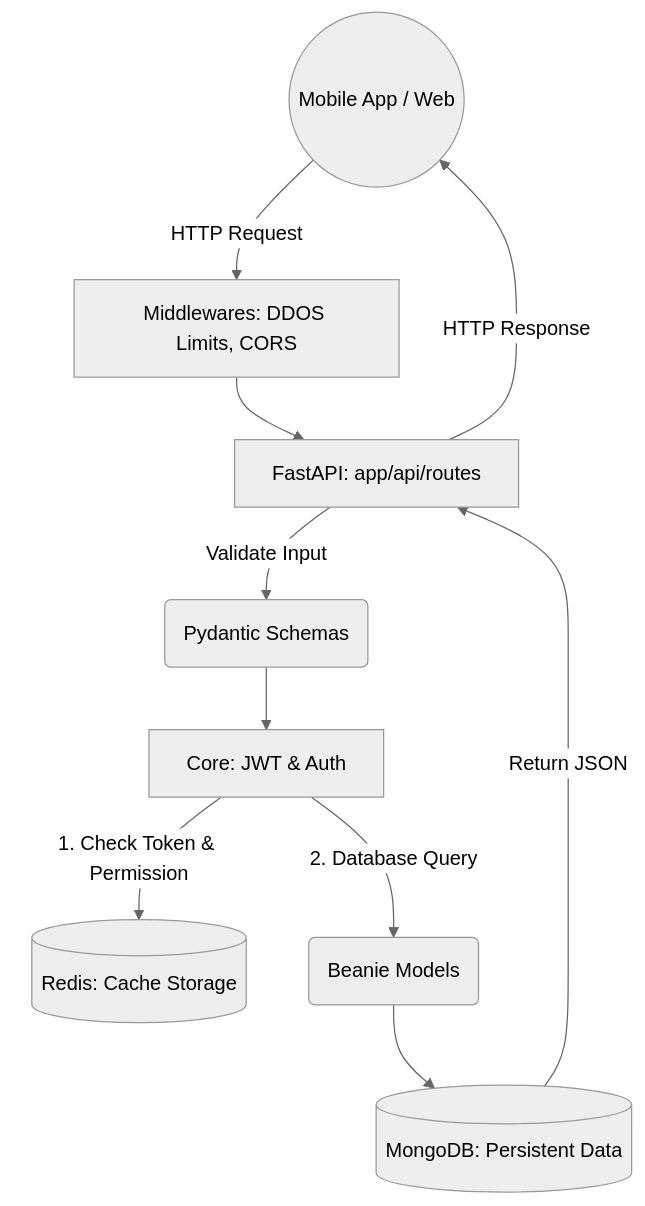
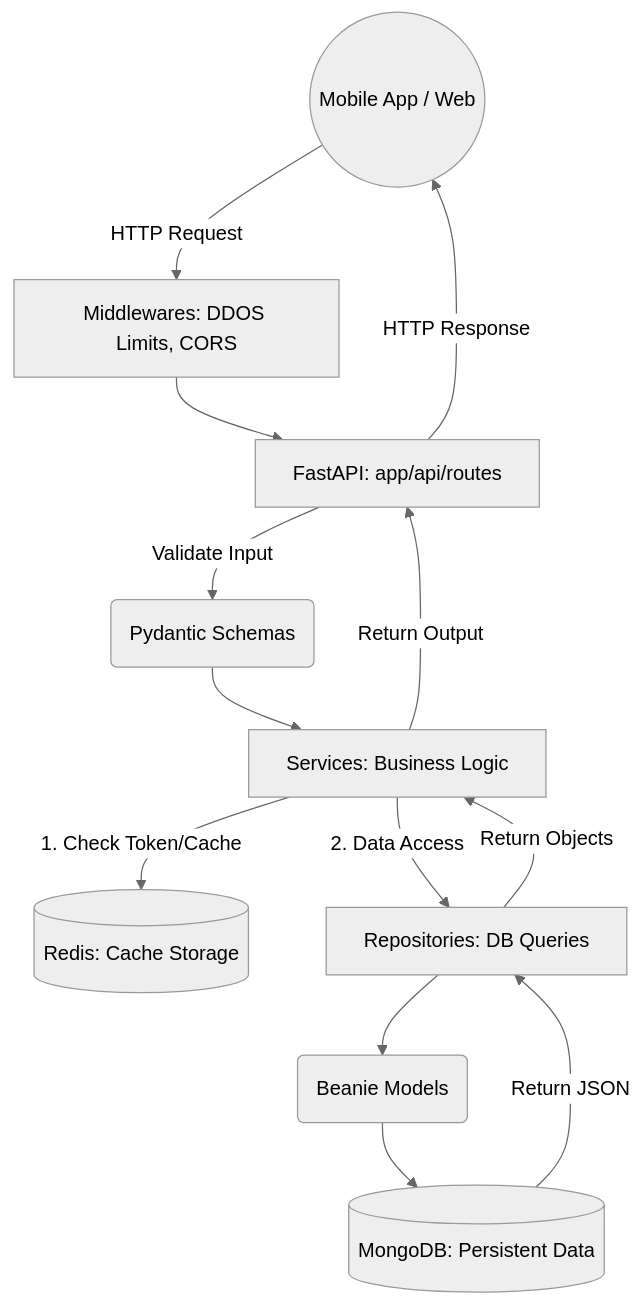
Before and after one commit to Tanmoy2099/Fastapi-practice-project: the first of 3 diagrams in README.md, drawn with Mermaid (neutral theme). The commit also changed other lines of this file and 4 other files, not shown here.

Commit message:
feat: Introduce and document the Service and Repository layers, updating the main README and creating new documentation for the architectural changes.

````diff
--- a/README.md
+++ b/README.md
@@ -23,15 +23,18 @@
 ```mermaid
 graph TD
     Client((Mobile App / Web)) -->|HTTP Request| Middleware[Middlewares: DDOS Limits, CORS]
     Middleware --> API[FastAPI: app/api/routes]
     
     API -->|Validate Input| Schemas(Pydantic Schemas)
-    Schemas --> Core[Core: JWT & Auth]
+    Schemas --> Services[Services: Business Logic]
     
-    Core -->|1. Check Token & Permission| Redis[(Redis: Cache Storage)]
-    Core -->|2. Database Query| Models(Beanie Models)
+    Services -->|1. Check Token/Cache| Redis[(Redis: Cache Storage)]
+    Services -->|2. Data Access| Repositories[Repositories: DB Queries]
+    Repositories --> Models(Beanie Models)
     Models --> MongoDB[(MongoDB: Persistent Data)]
     
-    MongoDB -->|Return JSON| API
+    MongoDB -->|Return JSON| Repositories
+    Repositories -->|Return Objects| Services
+    Services -->|Return Output| API
     API -->|HTTP Response| Client
 ```
````
